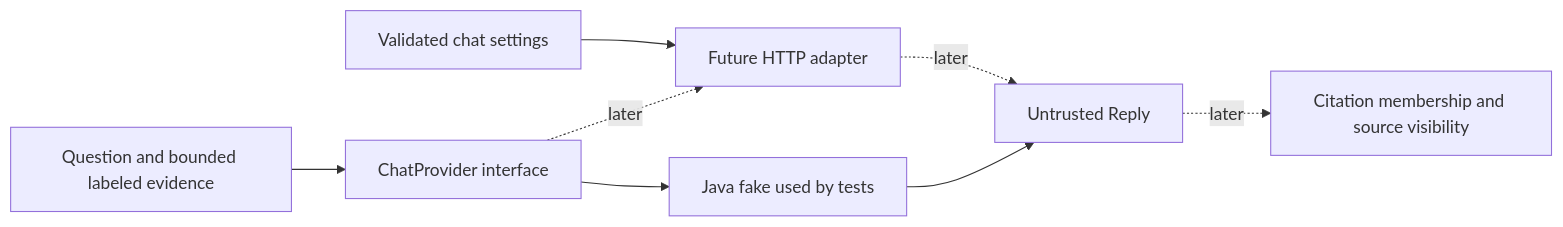
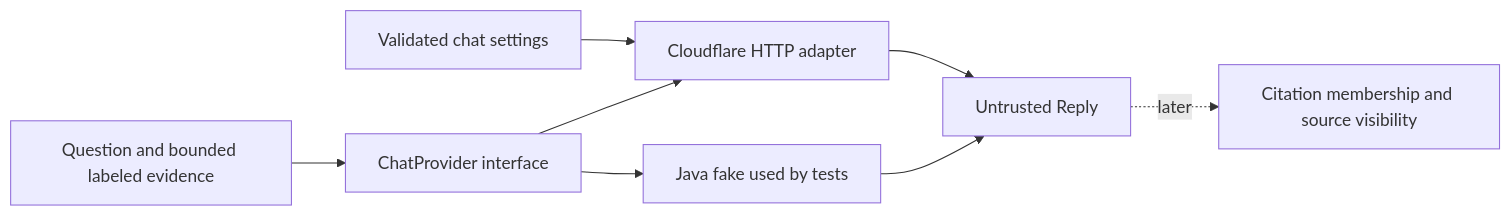
Before and after one commit to FarukValjevac/SecondBrain: diagram 25 of 27 in .learnigns/embedding-contract-guide.md, drawn with Mermaid. The commit also changed other lines of this file and 10 other files, not shown here.

````diff
--- a/.learnigns/embedding-contract-guide.md
+++ b/.learnigns/embedding-contract-guide.md
@@ -1243,10 +1243,10 @@
 ```mermaid
 flowchart LR
-    Settings[Validated chat settings] --> Future[Future HTTP adapter]
+    Settings[Validated chat settings] --> Adapter[Cloudflare HTTP adapter]
     Request[Question and bounded labeled evidence] --> Contract[ChatProvider interface]
     Contract --> Fake[Java fake used by tests]
-    Contract -. later .-> Future
+    Contract --> Adapter
     Fake --> Candidate[Untrusted Reply]
-    Future -. later .-> Candidate
+    Adapter --> Candidate
     Candidate -. later .-> Validation[Citation membership and source visibility]
 ```
````
